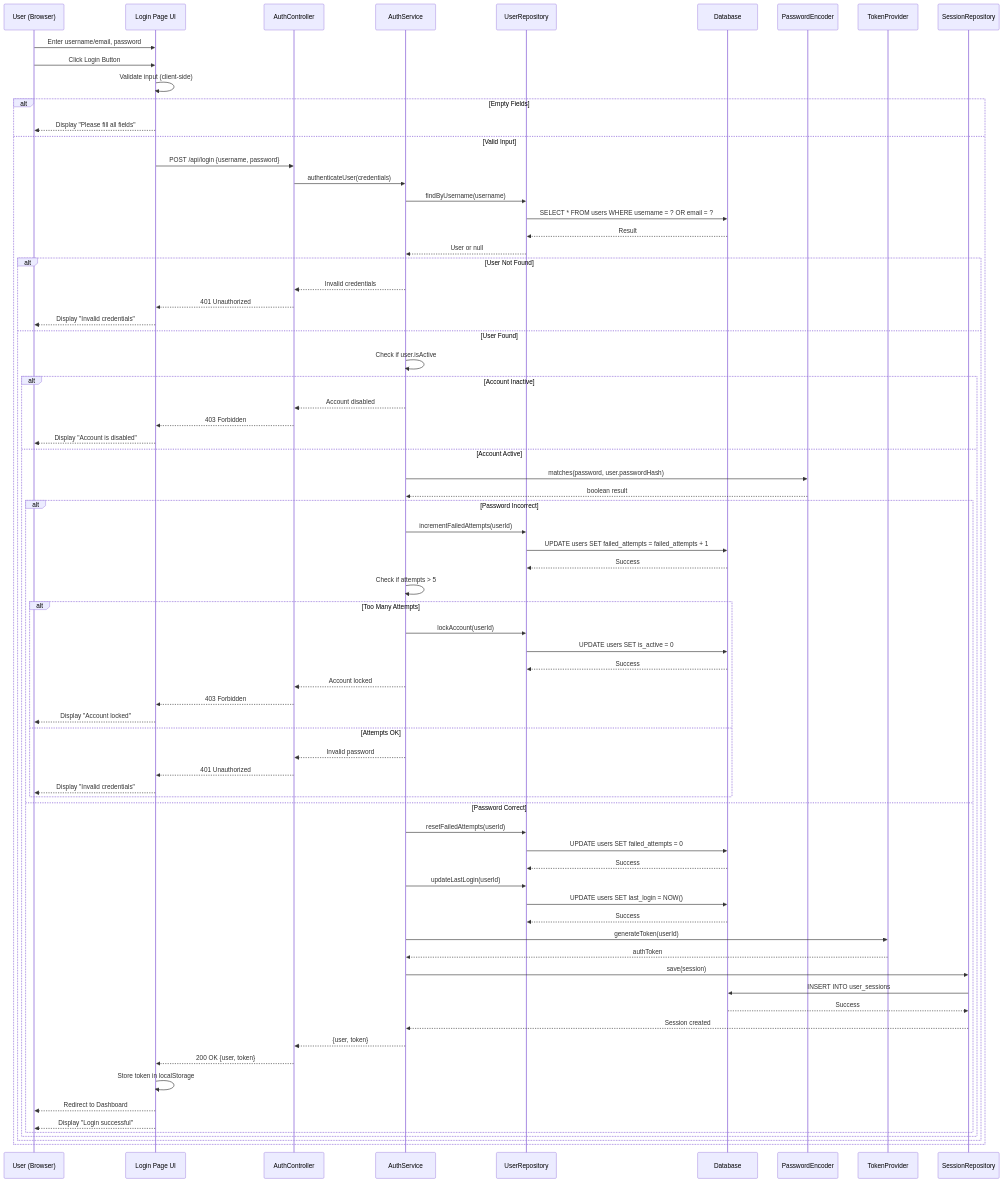
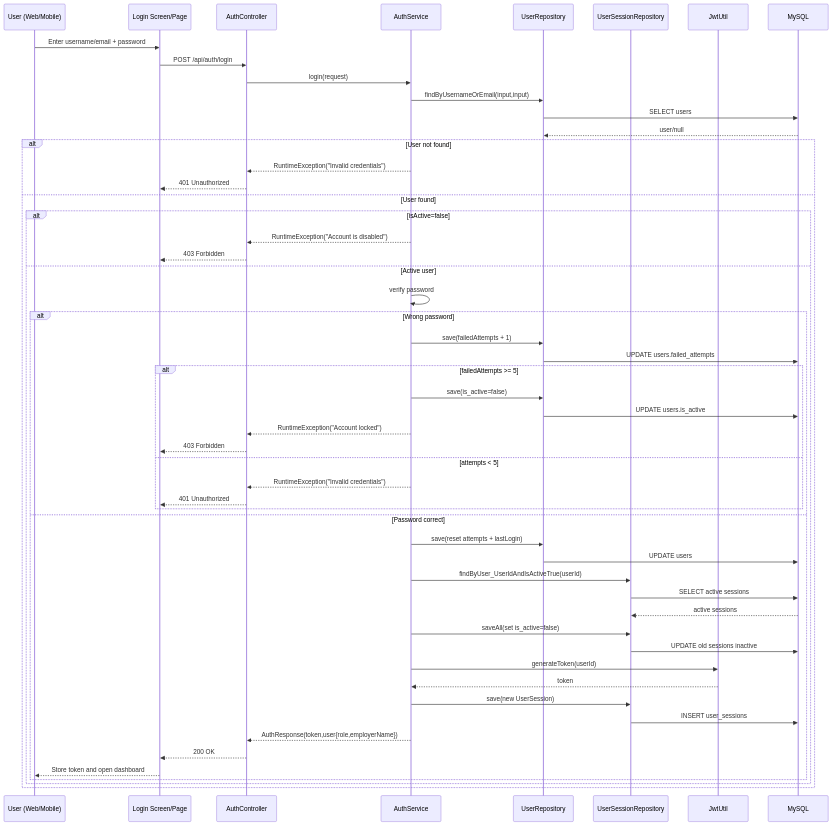
The diagram in docs/sequence-login.mermaid (gintongbarko/IT342_G5_Matsuda_Lab1), drawn with Mermaid before and after one commit. The commit also changed 47 other files, not shown here.

```diff
--- a/docs/sequence-login.mermaid
+++ b/docs/sequence-login.mermaid
@@ -1,87 +1,60 @@
 sequenceDiagram
-    participant User as User (Browser)
-    participant UI as Login Page UI
+    participant User as User (Web/Mobile)
+    participant UI as Login Screen/Page
     participant AuthCtrl as AuthController
     participant AuthSvc as AuthService
     participant UserRepo as UserRepository
-    participant DB as Database
-    participant PwdEnc as PasswordEncoder
-    participant Token as TokenProvider
-    participant SessRepo as SessionRepository
-    
-    User->>UI: Enter username/email, password
-    User->>UI: Click Login Button
-    
-    UI->>UI: Validate input (client-side)
-    alt Empty Fields
-        UI-->>User: Display "Please fill all fields"
-    else Valid Input
-        UI->>AuthCtrl: POST /api/login {username, password}
-        
-        AuthCtrl->>AuthSvc: authenticateUser(credentials)
-        
-        AuthSvc->>UserRepo: findByUsername(username)
-        UserRepo->>DB: SELECT * FROM users WHERE username = ? OR email = ?
-        DB-->>UserRepo: Result
-        UserRepo-->>AuthSvc: User or null
-        
-        alt User Not Found
-            AuthSvc-->>AuthCtrl: Invalid credentials
-            AuthCtrl-->>UI: 401 Unauthorized
-            UI-->>User: Display "Invalid credentials"
-        else User Found
-            AuthSvc->>AuthSvc: Check if user.isActive
-            
-            alt Account Inactive
-                AuthSvc-->>AuthCtrl: Account disabled
-                AuthCtrl-->>UI: 403 Forbidden
-                UI-->>User: Display "Account is disabled"
-            else Account Active
-                AuthSvc->>PwdEnc: matches(password, user.passwordHash)
-                PwdEnc-->>AuthSvc: boolean result
-                
-                alt Password Incorrect
-                    AuthSvc->>UserRepo: incrementFailedAttempts(userId)
-                    UserRepo->>DB: UPDATE users SET failed_attempts = failed_attempts + 1
-                    DB-->>UserRepo: Success
-                    
-                    AuthSvc->>AuthSvc: Check if attempts > 5
-                    alt Too Many Attempts
-                        AuthSvc->>UserRepo: lockAccount(userId)
-                        UserRepo->>DB: UPDATE users SET is_active = 0
-                        DB-->>UserRepo: Success
-                        AuthSvc-->>AuthCtrl: Account locked
-                        AuthCtrl-->>UI: 403 Forbidden
-                        UI-->>User: Display "Account locked"
-                    else Attempts OK
-                        AuthSvc-->>AuthCtrl: Invalid password
-                        AuthCtrl-->>UI: 401 Unauthorized
-                        UI-->>User: Display "Invalid credentials"
-                    end
-                else Password Correct
-                    AuthSvc->>UserRepo: resetFailedAttempts(userId)
-                    UserRepo->>DB: UPDATE users SET failed_attempts = 0
-                    DB-->>UserRepo: Success
-                    
-                    AuthSvc->>UserRepo: updateLastLogin(userId)
-                    UserRepo->>DB: UPDATE users SET last_login = NOW()
-                    DB-->>UserRepo: Success
-                    
-                    AuthSvc->>Token: generateToken(userId)
-                    Token-->>AuthSvc: authToken
-                    
-                    AuthSvc->>SessRepo: save(session)
-                    SessRepo->>DB: INSERT INTO user_sessions
-                    DB-->>SessRepo: Success
-                    SessRepo-->>AuthSvc: Session created
-                    
-                    AuthSvc-->>AuthCtrl: {user, token}
-                    AuthCtrl-->>UI: 200 OK {user, token}
-                    
-                    UI->>UI: Store token in localStorage
-                    UI-->>User: Redirect to Dashboard
-                    UI-->>User: Display "Login successful"
+    participant SessRepo as UserSessionRepository
+    participant JWT as JwtUtil
+    participant DB as MySQL
+
+    User->>UI: Enter username/email + password
+    UI->>AuthCtrl: POST /api/auth/login
+    AuthCtrl->>AuthSvc: login(request)
+
+    AuthSvc->>UserRepo: findByUsernameOrEmail(input,input)
+    UserRepo->>DB: SELECT users
+    DB-->>UserRepo: user/null
+
+    alt User not found
+        AuthSvc-->>AuthCtrl: RuntimeException("Invalid credentials")
+        AuthCtrl-->>UI: 401 Unauthorized
+    else User found
+        alt isActive=false
+            AuthSvc-->>AuthCtrl: RuntimeException("Account is disabled")
+            AuthCtrl-->>UI: 403 Forbidden
+        else Active user
+            AuthSvc->>AuthSvc: verify password
+            alt Wrong password
+                AuthSvc->>UserRepo: save(failedAttempts + 1)
+                UserRepo->>DB: UPDATE users.failed_attempts
+                alt failedAttempts >= 5
+                    AuthSvc->>UserRepo: save(is_active=false)
+                    UserRepo->>DB: UPDATE users.is_active
+                    AuthSvc-->>AuthCtrl: RuntimeException("Account locked")
+                    AuthCtrl-->>UI: 403 Forbidden
+                else attempts < 5
+                    AuthSvc-->>AuthCtrl: RuntimeException("Invalid credentials")
+                    AuthCtrl-->>UI: 401 Unauthorized
                 end
+            else Password correct
+                AuthSvc->>UserRepo: save(reset attempts + lastLogin)
+                UserRepo->>DB: UPDATE users
+
+                AuthSvc->>SessRepo: findByUser_UserIdAndIsActiveTrue(userId)
+                SessRepo->>DB: SELECT active sessions
+                DB-->>SessRepo: active sessions
+                AuthSvc->>SessRepo: saveAll(set is_active=false)
+                SessRepo->>DB: UPDATE old sessions inactive
+
+                AuthSvc->>JWT: generateToken(userId)
+                JWT-->>AuthSvc: token
+                AuthSvc->>SessRepo: save(new UserSession)
+                SessRepo->>DB: INSERT user_sessions
+
+                AuthSvc-->>AuthCtrl: AuthResponse(token,user{role,employerName})
+                AuthCtrl-->>UI: 200 OK
+                UI-->>User: Store token and open dashboard
             end
         end
     end
```
